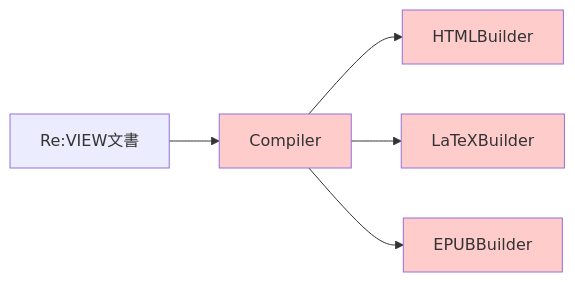
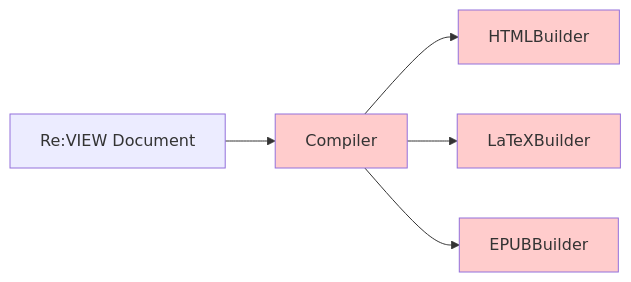
The first of 5 diagrams in doc/ast.md (kmuto/review), drawn with Mermaid before and after one commit. The commit also changed other lines of this file and 9 other files, not shown here.

````diff
--- a/doc/ast.md
+++ b/doc/ast.md
@@ -28,12 +28,12 @@
 ```mermaid
 graph LR
-    A[Re:VIEW文書] --> B[Compiler]
+    A[Re:VIEW Document] --> B[Compiler]
     B --> C[HTMLBuilder]
     B --> D[LaTeXBuilder]
     B --> E[EPUBBuilder]
 
     style B fill:#ffcccc
     style C fill:#ffcccc
     style D fill:#ffcccc
     style E fill:#ffcccc
 ```
````
